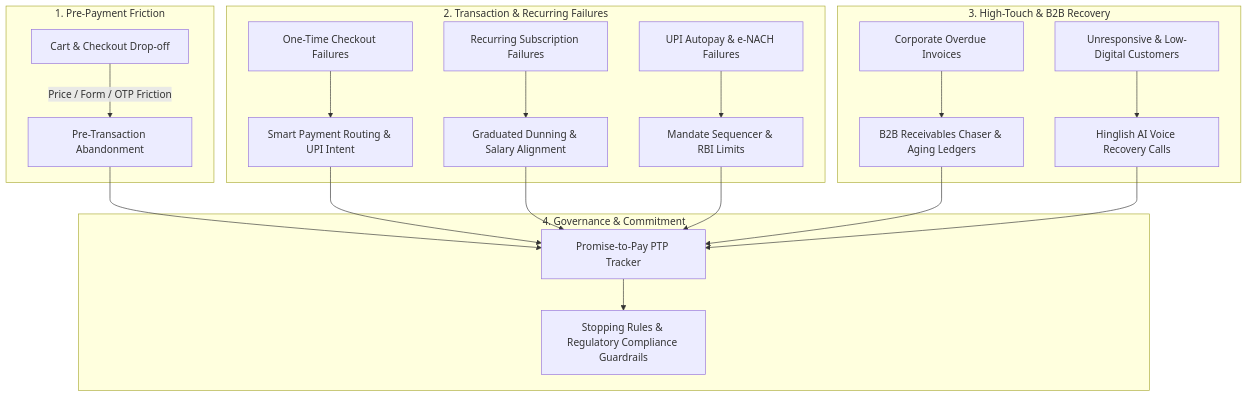
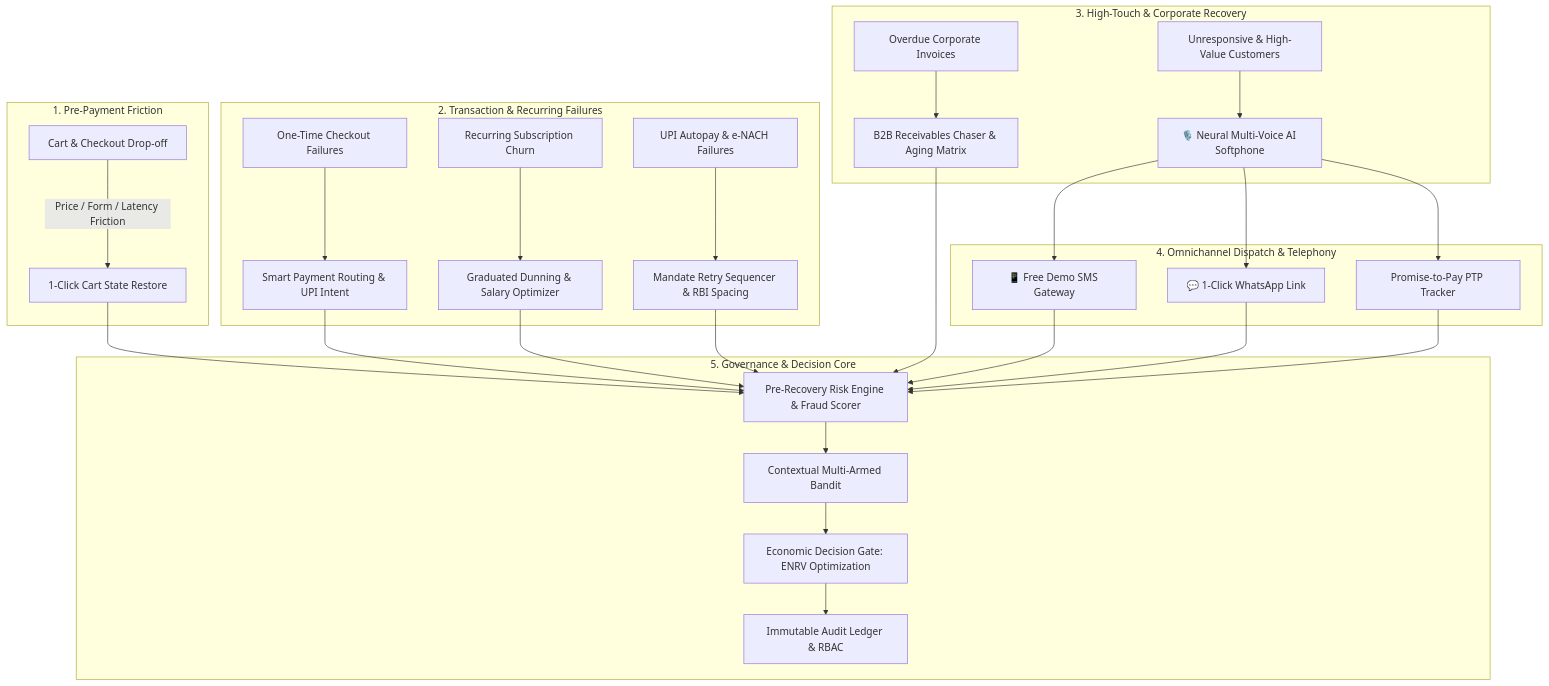
The diagram in docs/PROJECT_REPORT.md (mauryaakash-ai/AI-Revenue-Recovery-Platform), drawn with Mermaid before and after one commit. The commit also changed other lines of this file and 2 other files, not shown here.

Commit message:
docs: update comprehensive README and executive project report with architecture, 8 recovery capabilities, mathematical formulations, and benchmarks

````diff
--- a/docs/PROJECT_REPORT.md
+++ b/docs/PROJECT_REPORT.md
@@ -18,22 +26,30 @@
 ```mermaid
 flowchart TD
-    subgraph 1. Pre-Payment Friction
-        A[Cart & Checkout Drop-off] -->|Price / Form / OTP Friction| B[Pre-Transaction Abandonment]
+    subgraph Layer1 ["1. Pre-Payment Friction"]
+        A[Cart & Checkout Drop-off] -->|Price / Form / Latency Friction| B[1-Click Cart State Restore]
     end
 
-    subgraph 2. Transaction & Recurring Failures
+    subgraph Layer2 ["2. Transaction & Recurring Failures"]
         C[One-Time Checkout Failures] --> D[Smart Payment Routing & UPI Intent]
-        E[Recurring Subscription Failures] --> F[Graduated Dunning & Salary Alignment]
-        G[UPI Autopay & e-NACH Failures] --> H[Mandate Sequencer & RBI Limits]
+        E[Recurring Subscription Churn] --> F[Graduated Dunning & Salary Optimizer]
+        G[UPI Autopay & e-NACH Failures] --> H[Mandate Retry Sequencer & RBI Spacing]
     end
 
-    subgraph 3. High-Touch & B2B Recovery
-        I[Corporate Overdue Invoices] --> J[B2B Receivables Chaser & Aging Ledgers]
-        K[Unresponsive & Low-Digital Customers] --> L[Hinglish AI Voice Recovery Calls]
+    subgraph Layer3 ["3. High-Touch & Corporate Recovery"]
+        I[Overdue Corporate Invoices] --> J[B2B Receivables Chaser & Aging Matrix]
+        K[Unresponsive & High-Value Customers] --> L[🎙️ Neural Multi-Voice AI Softphone]
     end
 
-    subgraph 4. Governance & Commitment
-        B & D & F & H & J & L --> M[Promise-to-Pay PTP Tracker]
-        M --> N[Stopping Rules & Regulatory Compliance Guardrails]
+    subgraph Layer4 ["4. Omnichannel Dispatch & Telephony"]
+        L --> M[📱 Free Demo SMS Gateway]
+        L --> N[💬 1-Click WhatsApp Link]
+        L --> O[Promise-to-Pay PTP Tracker]
+    end
+
+    subgraph Layer5 ["5. Governance & Decision Core"]
+        B & D & F & H & J & M & N & O --> P[Pre-Recovery Risk Engine & Fraud Scorer]
+        P --> Q[Contextual Multi-Armed Bandit]
+        Q --> R[Economic Decision Gate: ENRV Optimization]
+        R --> S[Immutable Audit Ledger & RBAC]
     end
 ```
````
